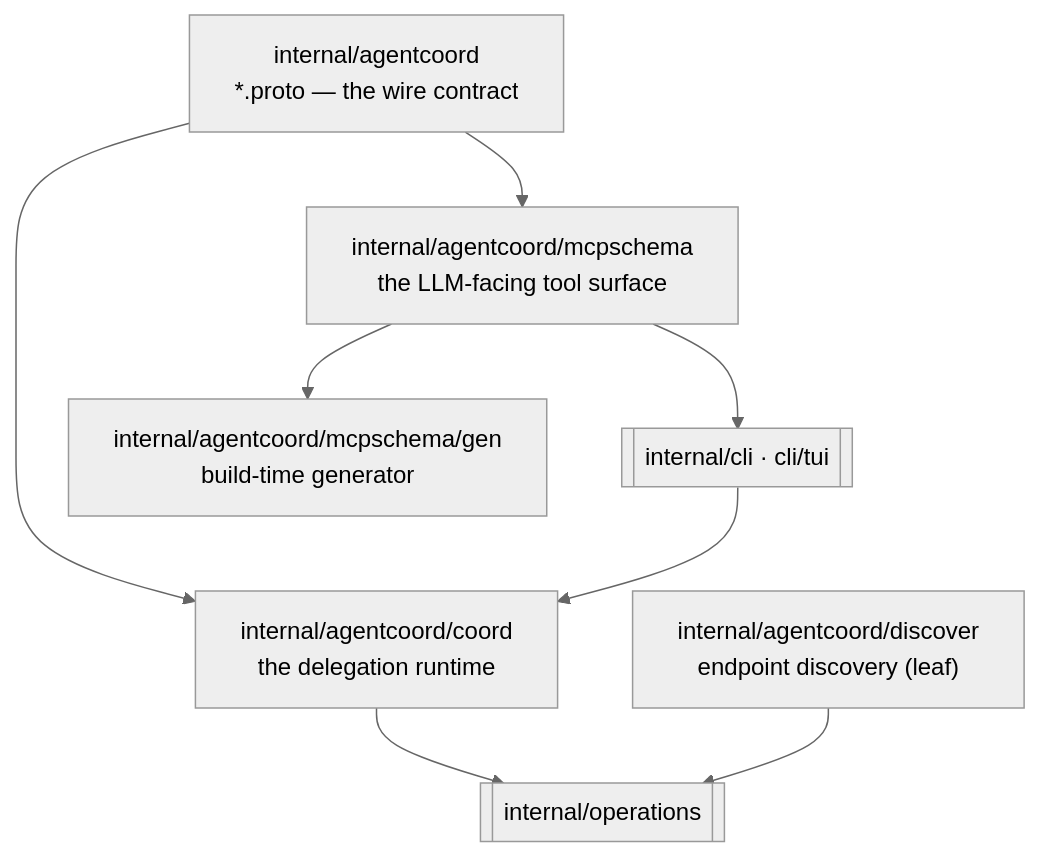
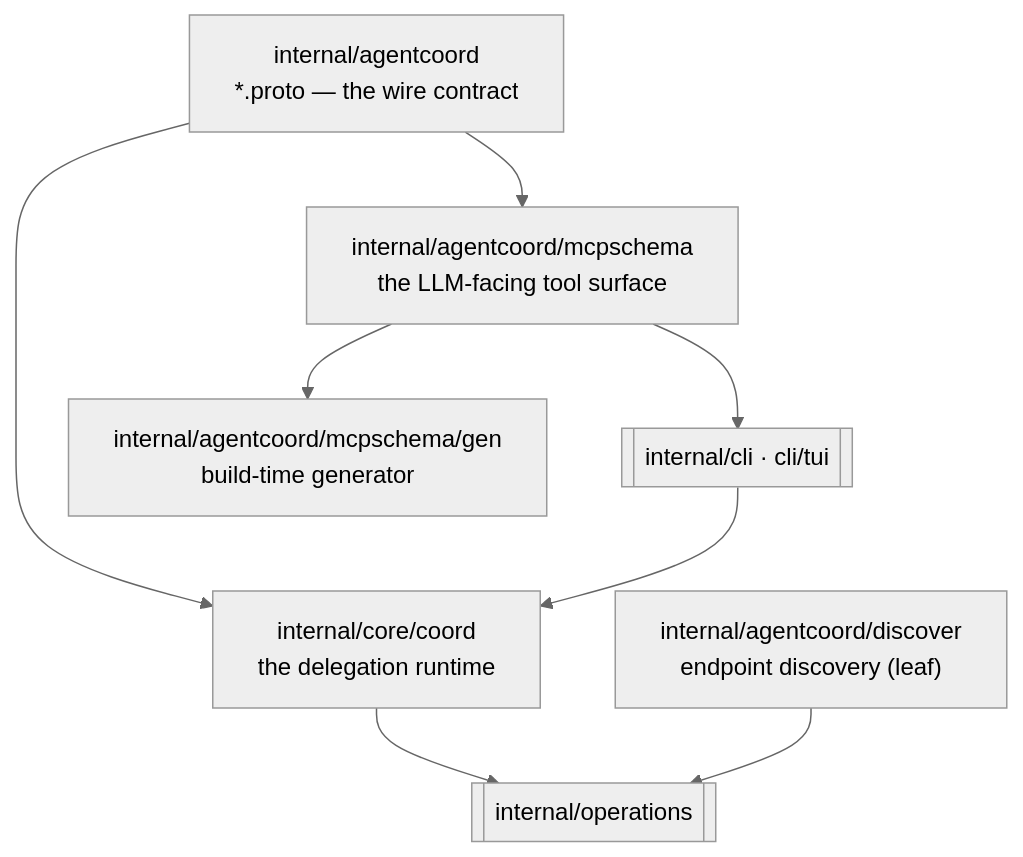
One commit to ctxloom/ctxloom changed the diagram in docs/architecture/agentcoord/README.md. Above: the diagram before and after it, drawn with Mermaid (neutral theme). The commit also changed 1836 other files, not shown here.

First line of the commit message:
refactor(arch): move the core ring into internal/core

````diff
--- a/docs/architecture/agentcoord/README.md
+++ b/docs/architecture/agentcoord/README.md
@@ -22,17 +22,17 @@
 ```mermaid
 flowchart TD
   PROTO["internal/agentcoord<br/>*.proto — the wire contract"]
-  COORD["internal/agentcoord/coord<br/>the delegation runtime"]
+  COORD["internal/core/coord<br/>the delegation runtime"]
   SCHEMA["internal/agentcoord/mcpschema<br/>the LLM-facing tool surface"]
   GEN["internal/agentcoord/mcpschema/gen<br/>build-time generator"]
   DISC["internal/agentcoord/discover<br/>endpoint discovery (leaf)"]
   OPS[["internal/operations"]]
   CLI[["internal/cli · cli/tui"]]
 
   PROTO --> COORD
   PROTO --> SCHEMA --> GEN
   SCHEMA --> CLI
   COORD --> OPS
   DISC --> OPS
   CLI --> COORD
 ```
````
